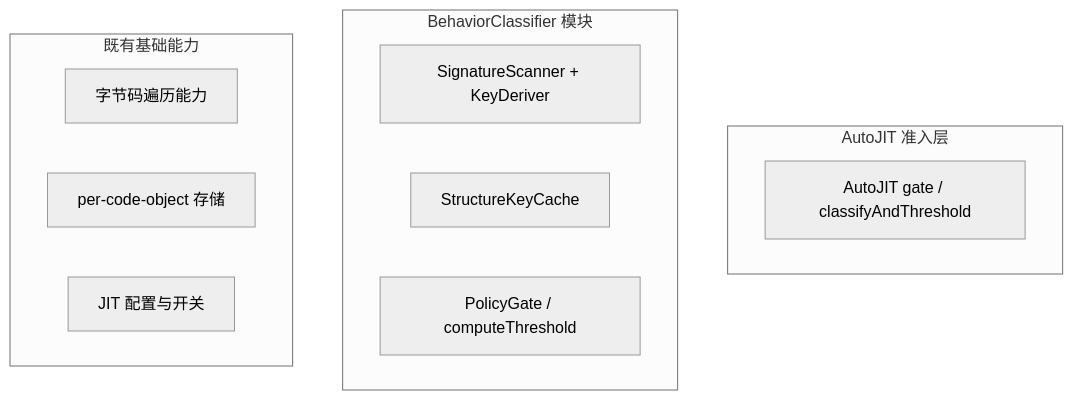
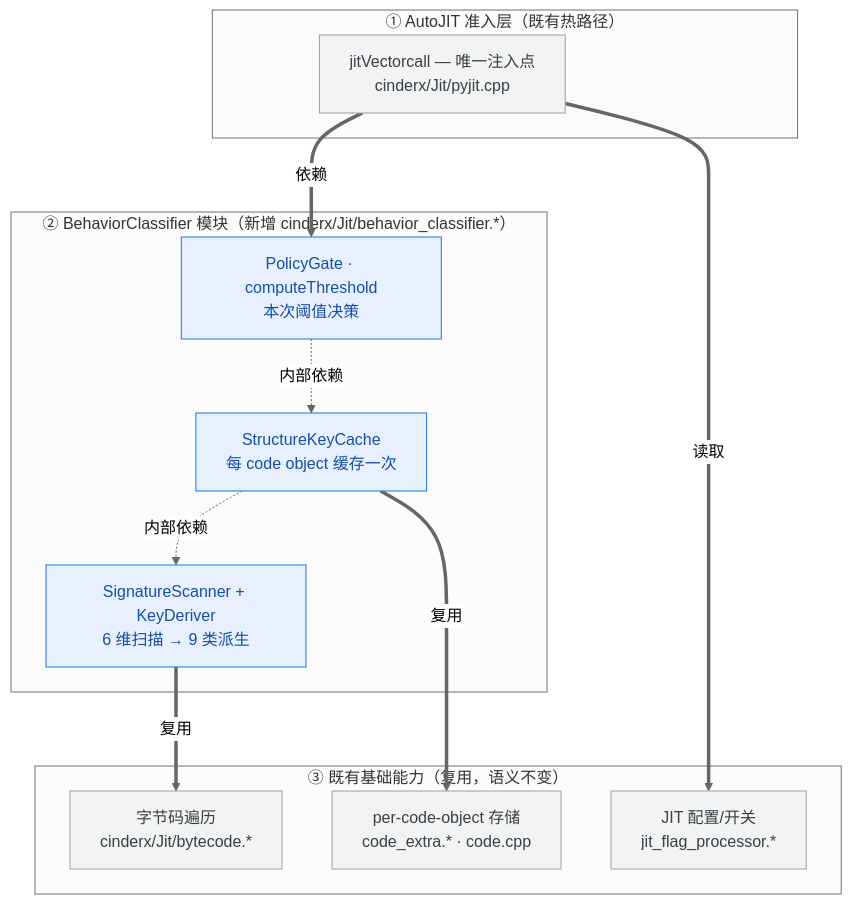
One commit to Cookie4Cat/cinderx-dev changed the fifth of 5 diagrams in docs/design/autojit-behavior-classification/【功能设计】AutoJIT 行为模式分类.md. Above: the diagram before and after it, drawn with Mermaid (neutral theme). The commit also changed other lines of this file and 2 other files, not shown here.

Commit message:
docs(jit): 补充特化时序边界、开销与收益论证

````diff
--- a/docs/design/autojit-behavior-classification/【功能设计】AutoJIT 行为模式分类.md
+++ b/docs/design/autojit-behavior-classification/【功能设计】AutoJIT 行为模式分类.md
@@ -198,20 +235,30 @@
 ```mermaid
 flowchart TB
-  subgraph Layer1["AutoJIT 准入层"]
-    GateEntry["AutoJIT gate / classifyAndThreshold"]
+  subgraph L1["① AutoJIT 准入层（既有热路径）"]
+    Gate["jitVectorcall — 唯一注入点<br/>cinderx/Jit/pyjit.cpp"]
   end
 
-  subgraph Layer2["BehaviorClassifier 模块"]
-    direction LR
-    Scanner["SignatureScanner + KeyDeriver"]
-    Cache["StructureKeyCache"]
-    Policy["PolicyGate / computeThreshold"]
+  subgraph L2["② BehaviorClassifier 模块（新增 cinderx/Jit/behavior_classifier.*）"]
+    Policy["PolicyGate · computeThreshold<br/>本次阈值决策"]
+    Cache["StructureKeyCache<br/>每 code object 缓存一次"]
+    Scanner["SignatureScanner + KeyDeriver<br/>6 维扫描 → 9 类派生"]
+    Policy -.内部依赖.-> Cache
+    Cache -.内部依赖.-> Scanner
   end
 
-  subgraph Layer3["既有基础能力"]
-    direction LR
-    Bytecode["字节码遍历能力"]
-    CodeStore["per-code-object 存储"]
-    Config["JIT 配置与开关"]
+  subgraph L3["③ 既有基础能力（复用，语义不变）"]
+    Bytecode["字节码遍历<br/>cinderx/Jit/bytecode.*"]
+    CodeStore["per-code-object 存储<br/>code_extra.* · code.cpp"]
+    Config["JIT 配置/开关<br/>jit_flag_processor.*"]
   end
+
+  Gate ==>|依赖| Policy
+  Scanner ==>|复用| Bytecode
+  Cache ==>|复用| CodeStore
+  Gate ==>|读取| Config
+
+  classDef newmod fill:#e8f0fe,stroke:#1a73e8,color:#174ea6;
+  classDef existmod fill:#f1f3f4,stroke:#9aa0a6,color:#3c4043;
+  class Gate,Bytecode,CodeStore,Config existmod;
+  class Policy,Cache,Scanner newmod;
 ```
````
